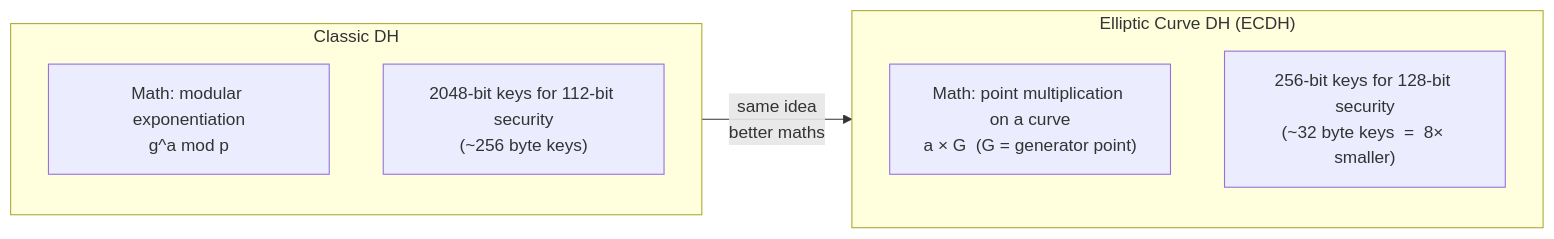
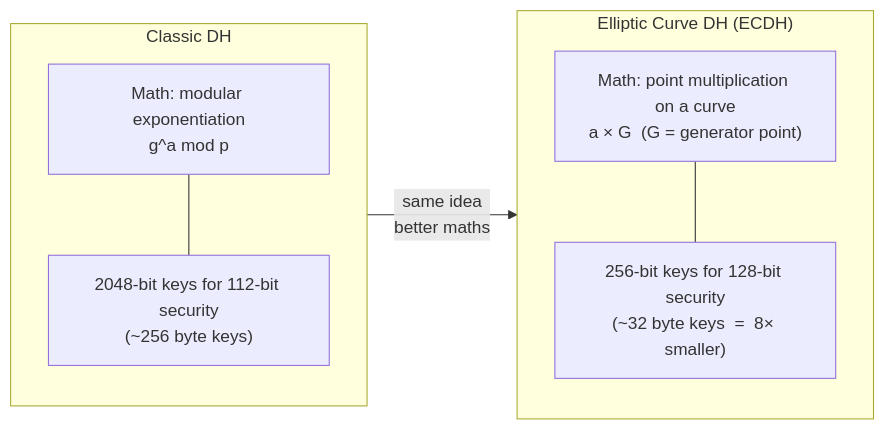
One commit to csoares/SecurityJava changed the fourth of 5 diagrams in src/main/java/security/keyexchange/README.md. Above: the diagram before and after it, drawn with Mermaid. The commit also changed other lines of this file and 8 other files, not shown here.

Commit message:
Enhance README with additional flowchart connections and clarifications for cryptographic concepts

````diff
--- a/src/main/java/security/keyexchange/README.md
+++ b/src/main/java/security/keyexchange/README.md
@@ -86,14 +88,16 @@
 ```mermaid
 flowchart LR
     subgraph DH ["Classic DH"]
         DH1["Math: modular exponentiation<br/>g^a mod p"]
         DH2["2048-bit keys for 112-bit security<br/>(~256 byte keys)"]
+        DH1 --- DH2
     end
 
     subgraph ECDH ["Elliptic Curve DH (ECDH)"]
         EC1["Math: point multiplication on a curve<br/>a × G  (G = generator point)"]
         EC2["256-bit keys for 128-bit security<br/>(~32 byte keys  =  8× smaller)"]
+        EC1 --- EC2
     end
 
     DH -->|"same idea<br/>better maths"| ECDH
 ```
````
